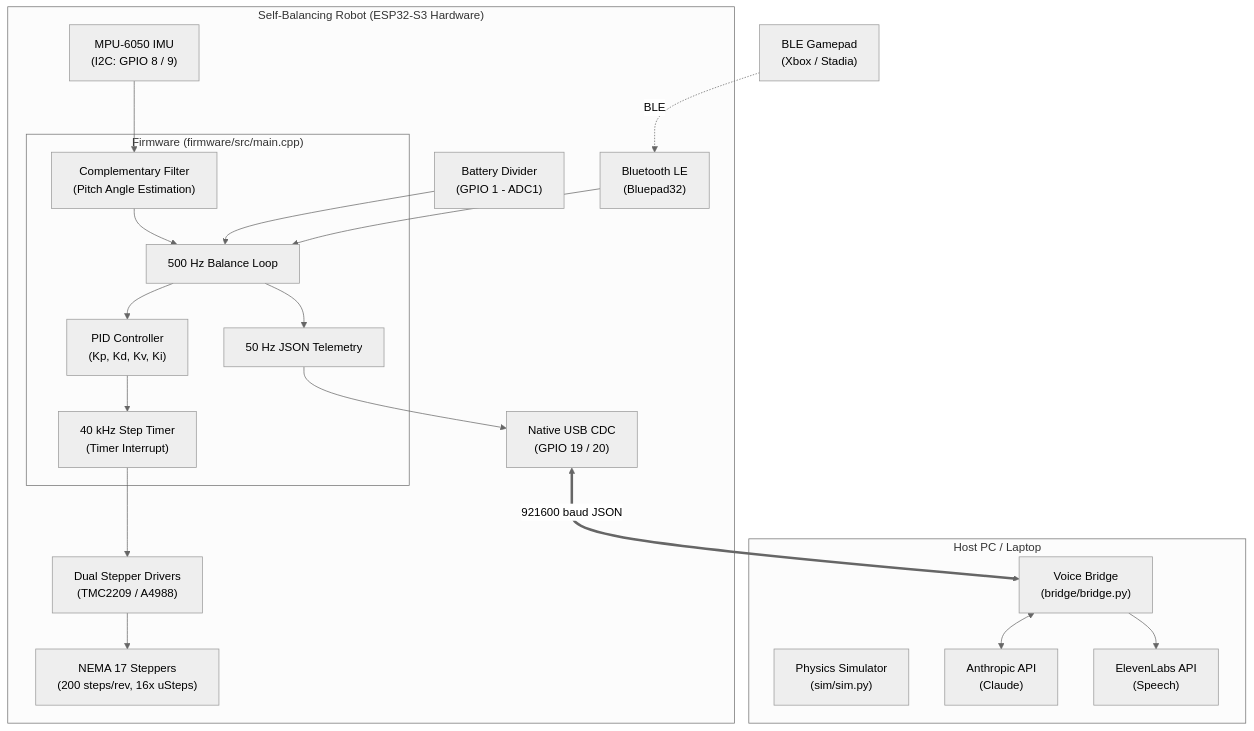
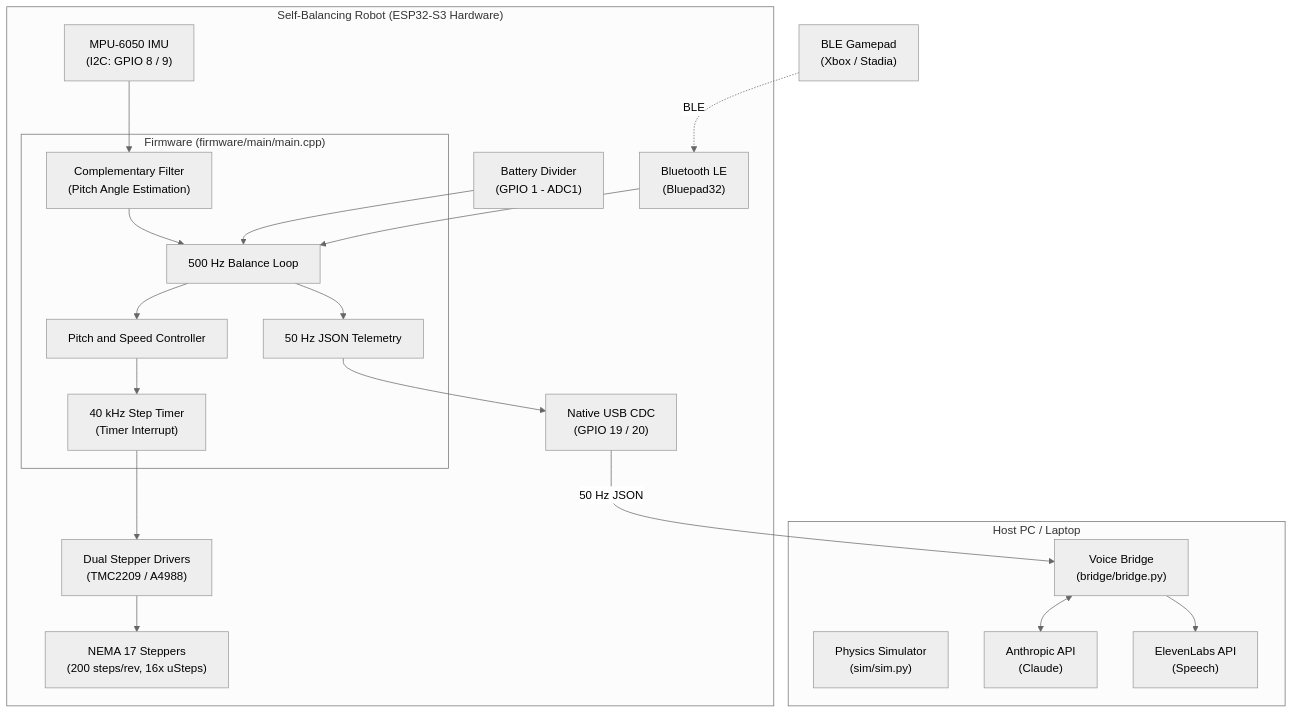
The first of 4 diagrams in README.md (MohammedAlkindi/ieee-balance-bot), drawn with Mermaid (neutral theme) before and after one commit. The commit also changed other lines of this file and 5 other files, not shown here.

````diff
--- a/README.md
+++ b/README.md
@@ -15,36 +32,36 @@
 ```mermaid
 flowchart TD
     subgraph Host["Host PC / Laptop"]
         Sim["Physics Simulator\n(sim/sim.py)"]
         Bridge["Voice Bridge\n(bridge/bridge.py)"]
         Claude["Anthropic API\n(Claude)"]
         Eleven["ElevenLabs API\n(Speech)"]
         Bridge <--> Claude
         Bridge --> Eleven
     end
 
     subgraph Robot["Self-Balancing Robot (ESP32-S3 Hardware)"]
         USB["Native USB CDC\n(GPIO 19 / 20)"]
         PadBLE["Bluetooth LE\n(Bluepad32)"]
         
-        subgraph Core["Firmware (firmware/src/main.cpp)"]
+        subgraph Core["Firmware (firmware/main/main.cpp)"]
             Loop["500 Hz Balance Loop"]
             Filter["Complementary Filter\n(Pitch Angle Estimation)"]
-            PID["PID Controller\n(Kp, Kd, Kv, Ki)"]
+            PID["Pitch and Speed Controller"]
             StepGen["40 kHz Step Timer\n(Timer Interrupt)"]
             Telem["50 Hz JSON Telemetry"]
         end
 
         IMU["MPU-6050 IMU\n(I2C: GPIO 8 / 9)"]
         Drivers["Dual Stepper Drivers\n(TMC2209 / A4988)"]
         Motors["NEMA 17 Steppers\n(200 steps/rev, 16x uSteps)"]
         BatSens["Battery Divider\n(GPIO 1 - ADC1)"]
     end
 
     Pad["BLE Gamepad\n(Xbox / Stadia)"] -.->|BLE| PadBLE
-    USB <==>|921600 baud JSON| Bridge
+    USB -->|50 Hz JSON| Bridge
     IMU --> Filter --> Loop --> PID --> StepGen --> Drivers --> Motors
     BatSens --> Loop
     PadBLE --> Loop
     Loop --> Telem --> USB
 ```
````
